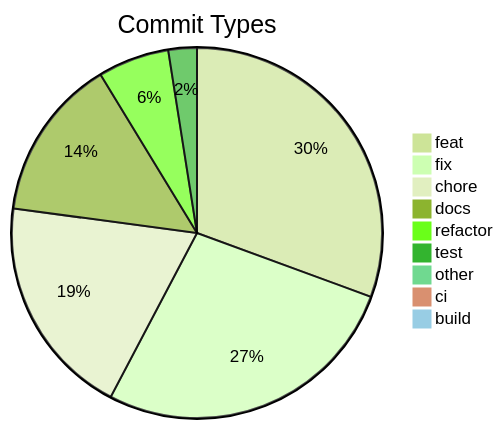
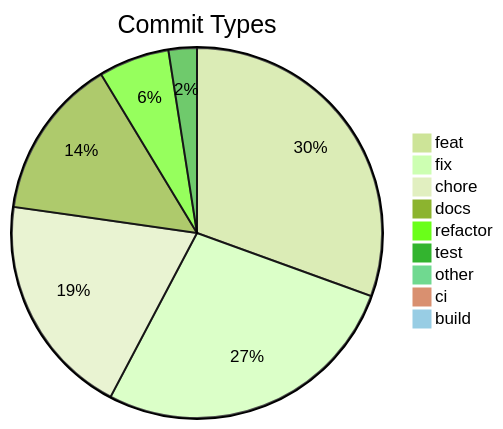
Before and after one commit to svenroth-ai/shipwright: the diagram in .shipwright/compliance/change-history.md, drawn with Mermaid (forest theme). The commit also changed other lines of this file and 20 other files, not shown here.

````diff
--- a/.shipwright/compliance/change-history.md
+++ b/.shipwright/compliance/change-history.md
@@ -8,12 +8,12 @@
 ```mermaid
 pie title Commit Types
-    "feat" : 246
-    "fix" : 218
-    "chore" : 156
+    "feat" : 247
+    "fix" : 220
+    "chore" : 158
     "docs" : 114
     "refactor" : 50
     "test" : 20
     "other" : 7
     "ci" : 4
     "build" : 1
 ```
````
